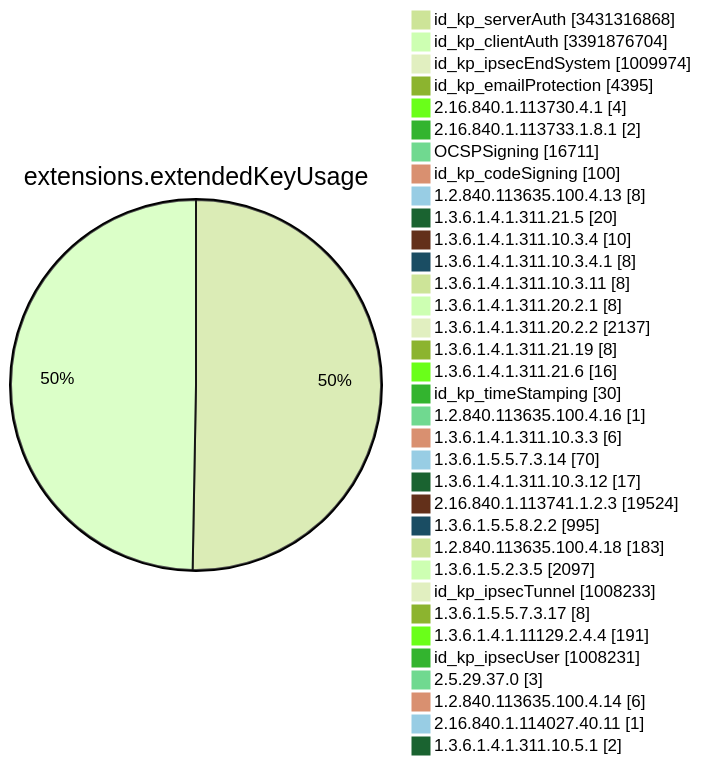
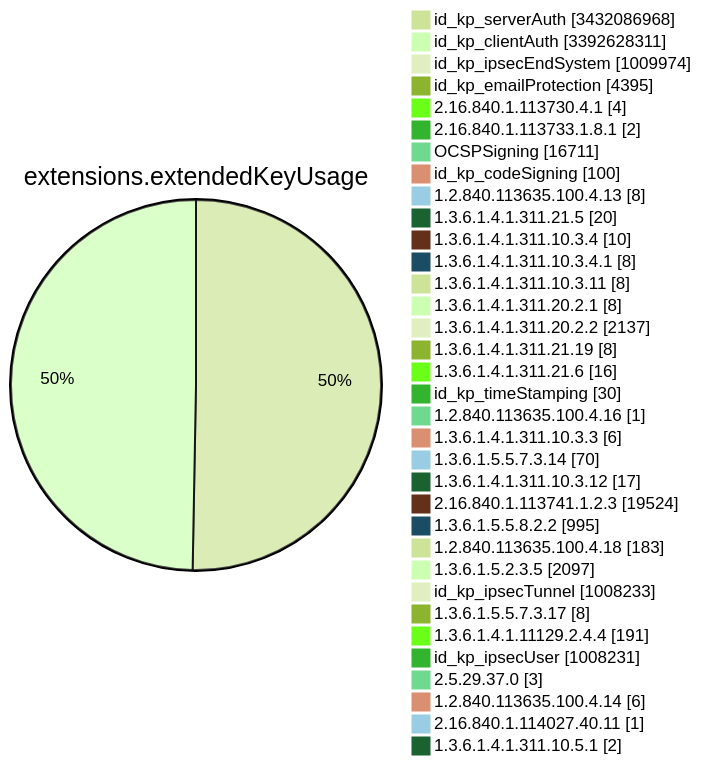
One commit to christiankrug/ctmonitor_visualization changed diagram 11 of 15 in TOTAL/README.md. Above: the diagram before and after it, drawn with Mermaid (forest theme). The commit also changed other lines of this file, not shown here.

````diff
--- a/TOTAL/README.md
+++ b/TOTAL/README.md
@@ -4122,38 +4122,38 @@
 ```mermaid
 pie showData
 title extensions.extendedKeyUsage
-"id_kp_serverAuth" :3431316868
-"id_kp_clientAuth" :3391876704
+"id_kp_serverAuth" :3432086968
+"id_kp_clientAuth" :3392628311
 "id_kp_ipsecEndSystem" :1009974
 "id_kp_emailProtection" :4395
 "2.16.840.1.113730.4.1" :4
 "2.16.840.1.113733.1.8.1" :2
 "OCSPSigning" :16711
 "id_kp_codeSigning" :100
 "1.2.840.113635.100.4.13" :8
 "1.3.6.1.4.1.311.21.5" :20
 "1.3.6.1.4.1.311.10.3.4" :10
 "1.3.6.1.4.1.311.10.3.4.1" :8
 "1.3.6.1.4.1.311.10.3.11" :8
 "1.3.6.1.4.1.311.20.2.1" :8
 "1.3.6.1.4.1.311.20.2.2" :2137
 "1.3.6.1.4.1.311.21.19" :8
 "1.3.6.1.4.1.311.21.6" :16
 "id_kp_timeStamping" :30
 "1.2.840.113635.100.4.16" :1
 "1.3.6.1.4.1.311.10.3.3" :6
 "1.3.6.1.5.5.7.3.14" :70
 "1.3.6.1.4.1.311.10.3.12" :17
 "2.16.840.1.113741.1.2.3" :19524
 "1.3.6.1.5.5.8.2.2" :995
 "1.2.840.113635.100.4.18" :183
 "1.3.6.1.5.2.3.5" :2097
 "id_kp_ipsecTunnel" :1008233
 "1.3.6.1.5.5.7.3.17" :8
 "1.3.6.1.4.1.11129.2.4.4" :191
 "id_kp_ipsecUser" :1008231
 "2.5.29.37.0" :3
 "1.2.840.113635.100.4.14" :6
 "2.16.840.1.114027.40.11" :1
 "1.3.6.1.4.1.311.10.5.1" :2
 ```
````
